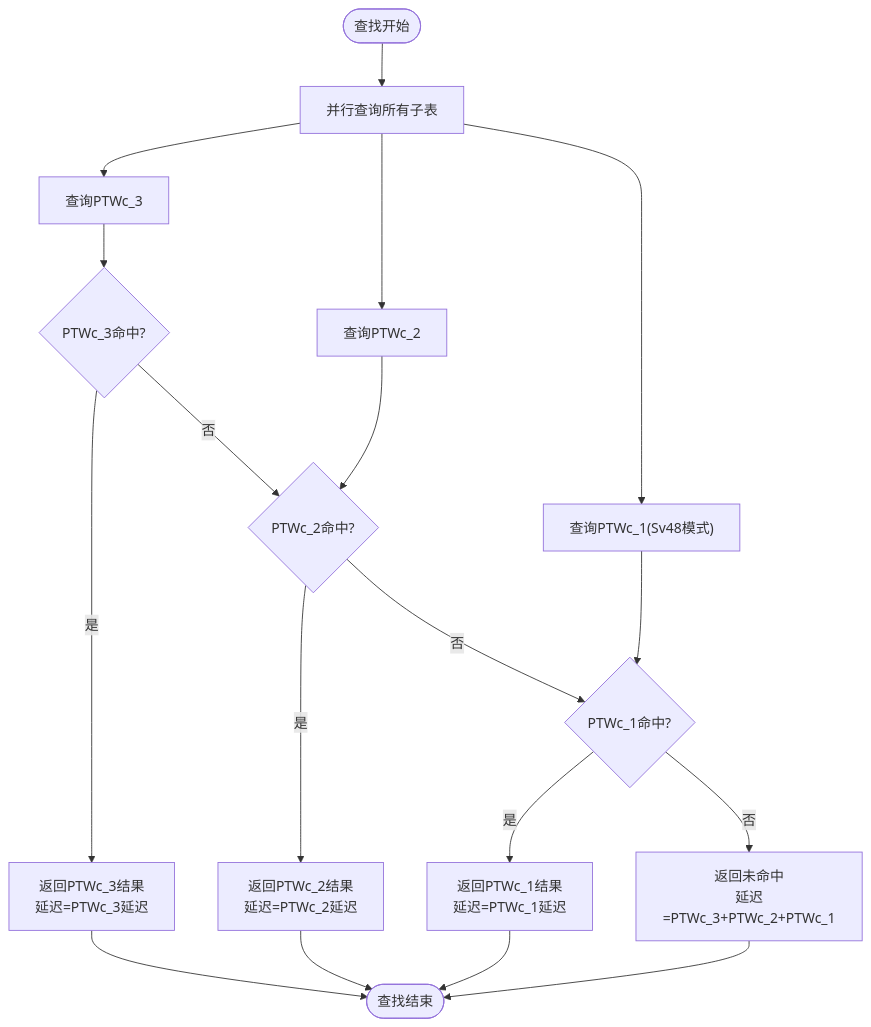
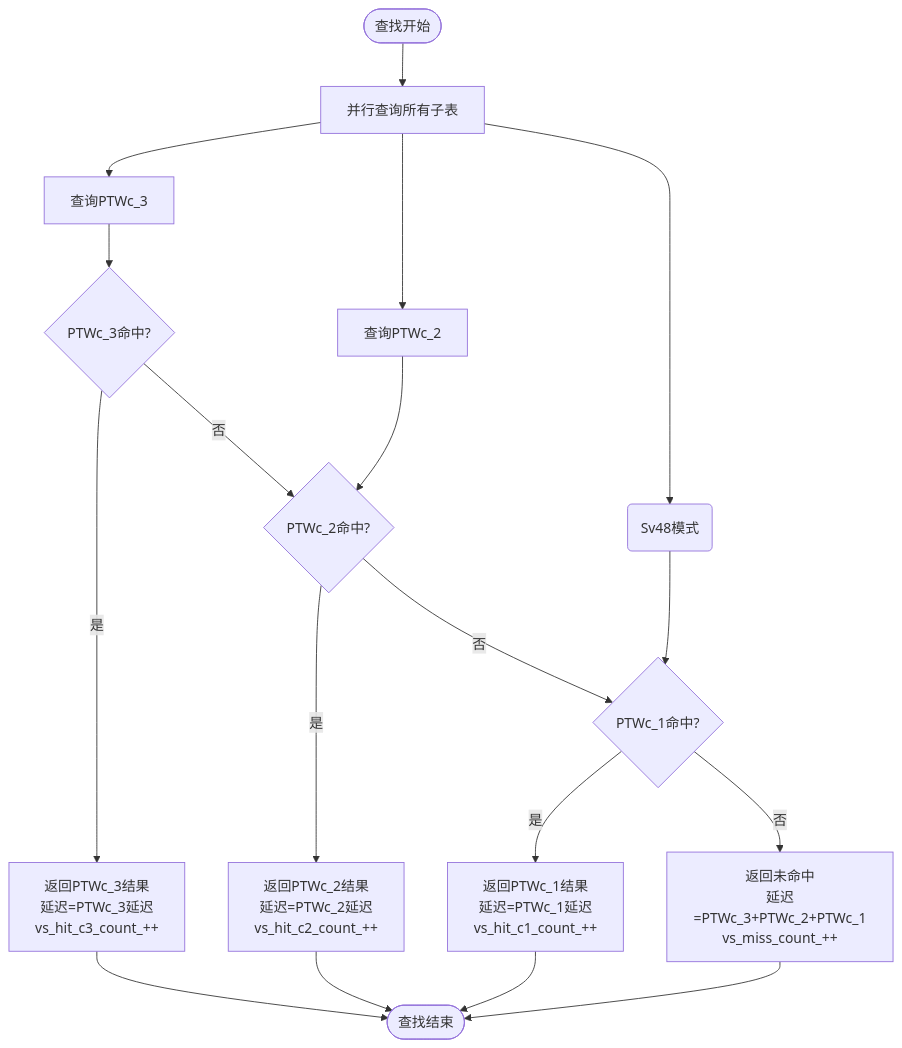
One commit to jiangjiang1122/iommu_model_20260401_v1 changed diagram 12 of 15 in .qoder/repowiki/zh/content/缓存系统/Walker缓存（地址转换遍历器缓存）.md. Above: the diagram before and after it, drawn with Mermaid. The commit also changed other lines of this file and 186 other files, not shown here.

````diff
--- a/.qoder/repowiki/zh/content/缓存系统/Walker缓存（地址转换遍历器缓存）.md
+++ b/.qoder/repowiki/zh/content/缓存系统/Walker缓存（地址转换遍历器缓存）.md
@@ -231,20 +611,20 @@
 ```mermaid
 flowchart TD
 LookupStart([查找开始]) --> ParallelQuery["并行查询所有子表"]
 ParallelQuery --> QueryC3["查询PTWc_3"]
 ParallelQuery --> QueryC2["查询PTWc_2"]
-ParallelQuery --> QueryC1["查询PTWc_1(Sv48模式)"]
+ParallelQuery --> QueryC1(Sv48模式)
 QueryC3 --> CheckC3{"PTWc_3命中?"}
 QueryC2 --> CheckC2{"PTWc_2命中?"}
 QueryC1 --> CheckC1{"PTWc_1命中?"}
-CheckC3 --> |是| ReturnC3["返回PTWc_3结果<br/>延迟=PTWc_3延迟"]
+CheckC3 --> |是| ReturnC3["返回PTWc_3结果<br/>延迟=PTWc_3延迟<br/>vs_hit_c3_count_++"]
 CheckC3 --> |否| CheckC2
-CheckC2 --> |是| ReturnC2["返回PTWc_2结果<br/>延迟=PTWc_2延迟"]
+CheckC2 --> |是| ReturnC2["返回PTWc_2结果<br/>延迟=PTWc_2延迟<br/>vs_hit_c2_count_++"]
 CheckC2 --> |否| CheckC1
-CheckC1 --> |是| ReturnC1["返回PTWc_1结果<br/>延迟=PTWc_1延迟"]
-CheckC1 --> |否| ReturnMiss["返回未命中<br/>延迟=PTWc_3+PTWc_2+PTWc_1"]
+CheckC1 --> |是| ReturnC1["返回PTWc_1结果<br/>延迟=PTWc_1延迟<br/>vs_hit_c1_count_++"]
+CheckC1 --> |否| ReturnMiss["返回未命中<br/>延迟=PTWc_3+PTWc_2+PTWc_1<br/>vs_miss_count_++"]
 ReturnC3 --> LookupEnd([查找结束])
 ReturnC2 --> LookupEnd
 ReturnC1 --> LookupEnd
 ReturnMiss --> LookupEnd
 ```
````
